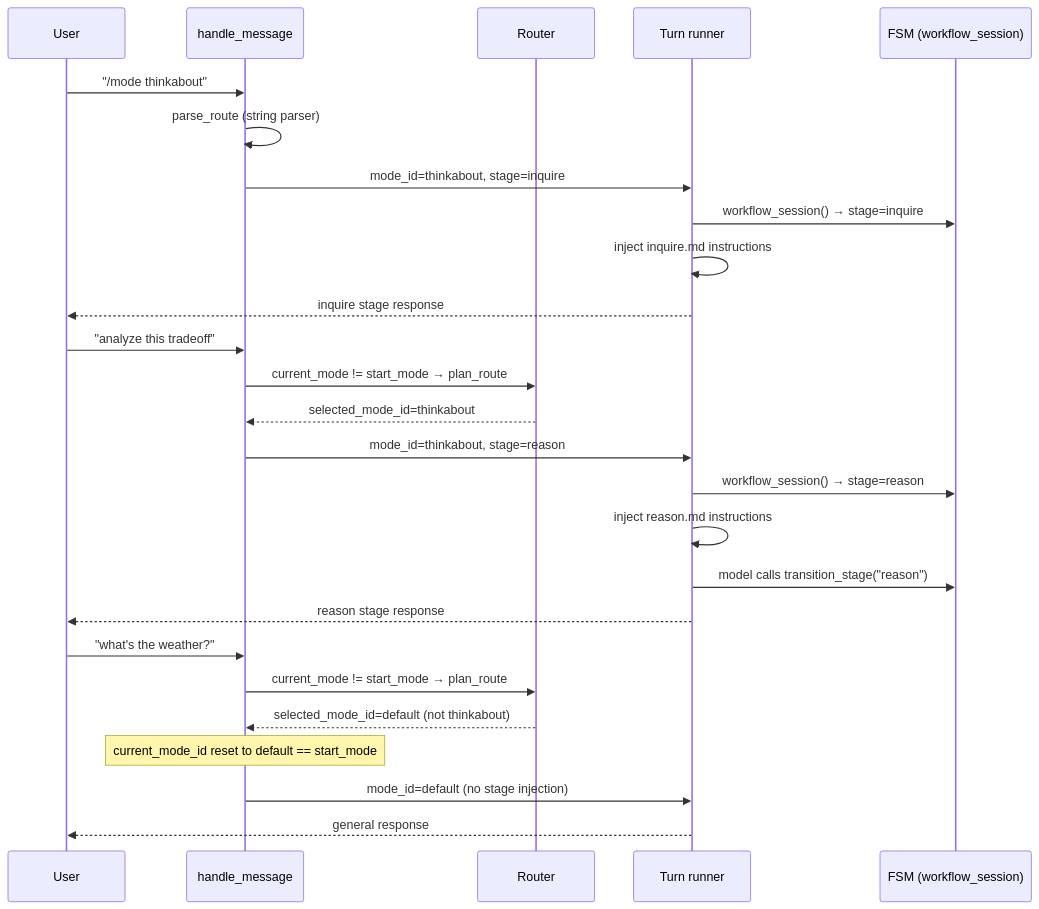
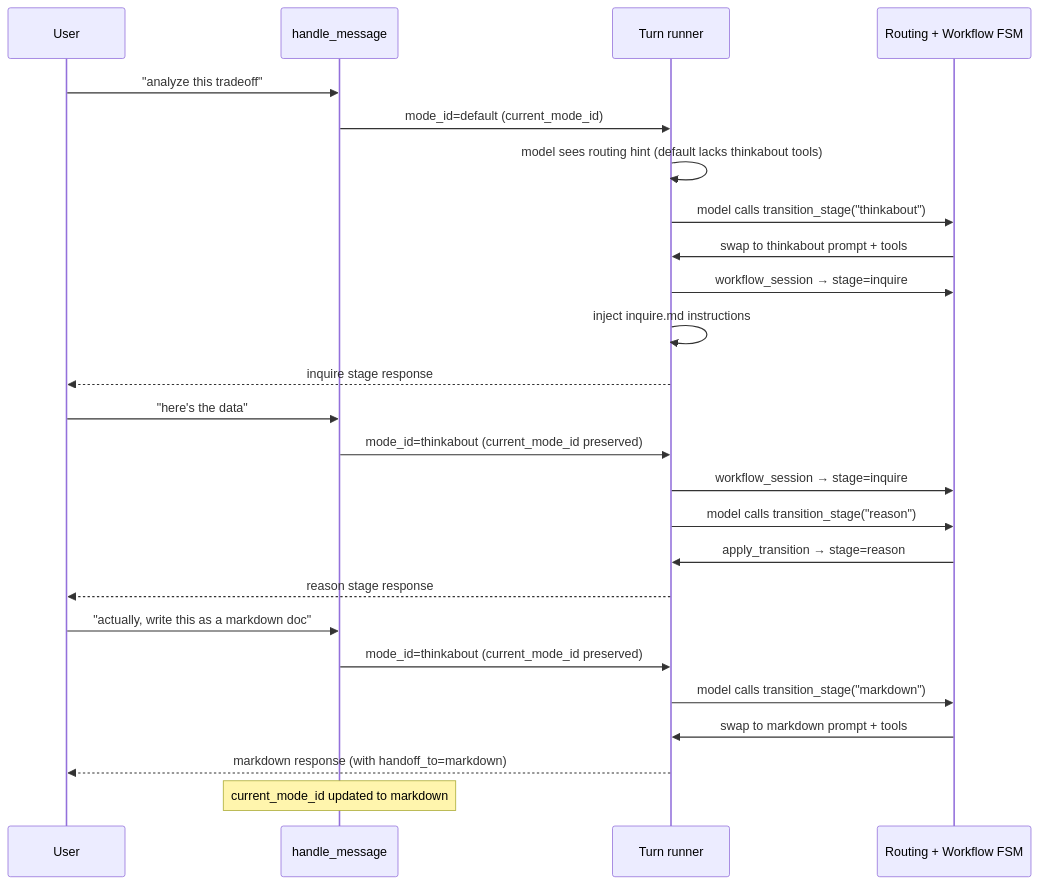
Before and after one commit to Lisa-Harness/lisa: the third of 3 diagrams in docs/ROUTER_DESIGN.md, drawn with Mermaid. The commit also changed other lines of this file, not shown here.

First line of the commit message:
docs: rewrite ROUTER_DESIGN.md for unified FSM routing

````diff
--- a/docs/ROUTER_DESIGN.md
+++ b/docs/ROUTER_DESIGN.md
@@ -377,31 +414,30 @@
 ```mermaid
 sequenceDiagram
     participant U as User
     participant HM as handle_message
-    participant R as Router
     participant TR as Turn runner
-    participant FSM as FSM (workflow_session)
+    participant FSM as Routing + Workflow FSM
 
-    U->>HM: "/mode thinkabout"
-    HM->>HM: parse_route (string parser)
-    HM->>TR: mode_id=thinkabout, stage=inquire
-    TR->>FSM: workflow_session() → stage=inquire
+    U->>HM: "analyze this tradeoff"
+    HM->>TR: mode_id=default (current_mode_id)
+    TR->>TR: model sees routing hint (default lacks thinkabout tools)
+    TR->>FSM: model calls transition_stage("thinkabout")
+    FSM->>TR: swap to thinkabout prompt + tools
+    TR->>FSM: workflow_session → stage=inquire
     TR->>TR: inject inquire.md instructions
     TR-->>U: inquire stage response
 
-    U->>HM: "analyze this tradeoff"
-    HM->>R: current_mode != start_mode → plan_route
-    R-->>HM: selected_mode_id=thinkabout
-    HM->>TR: mode_id=thinkabout, stage=reason
-    TR->>FSM: workflow_session() → stage=reason
-    TR->>TR: inject reason.md instructions
+    U->>HM: "here's the data"
+    HM->>TR: mode_id=thinkabout (current_mode_id preserved)
+    TR->>FSM: workflow_session → stage=inquire
     TR->>FSM: model calls transition_stage("reason")
+    FSM->>TR: apply_transition → stage=reason
     TR-->>U: reason stage response
 
-    U->>HM: "what's the weather?"
-    HM->>R: current_mode != start_mode → plan_route
-    R-->>HM: selected_mode_id=default (not thinkabout)
-    Note over HM: current_mode_id reset to default == start_mode
-    HM->>TR: mode_id=default (no stage injection)
-    TR-->>U: general response
+    U->>HM: "actually, write this as a markdown doc"
+    HM->>TR: mode_id=thinkabout (current_mode_id preserved)
+    TR->>FSM: model calls transition_stage("markdown")
+    FSM->>TR: swap to markdown prompt + tools
+    TR-->>U: markdown response (with handoff_to=markdown)
+    Note over HM: current_mode_id updated to markdown
 ```
````
